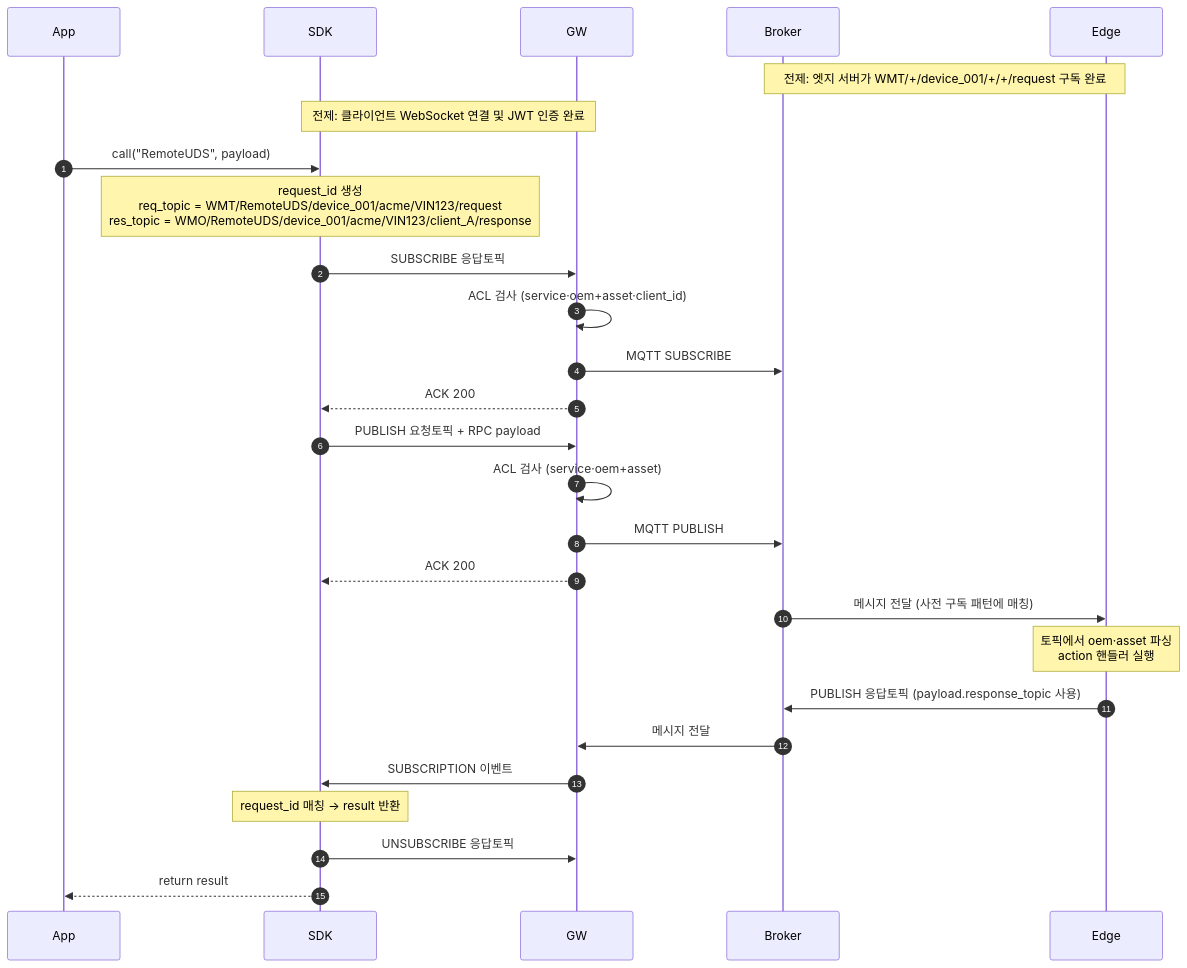
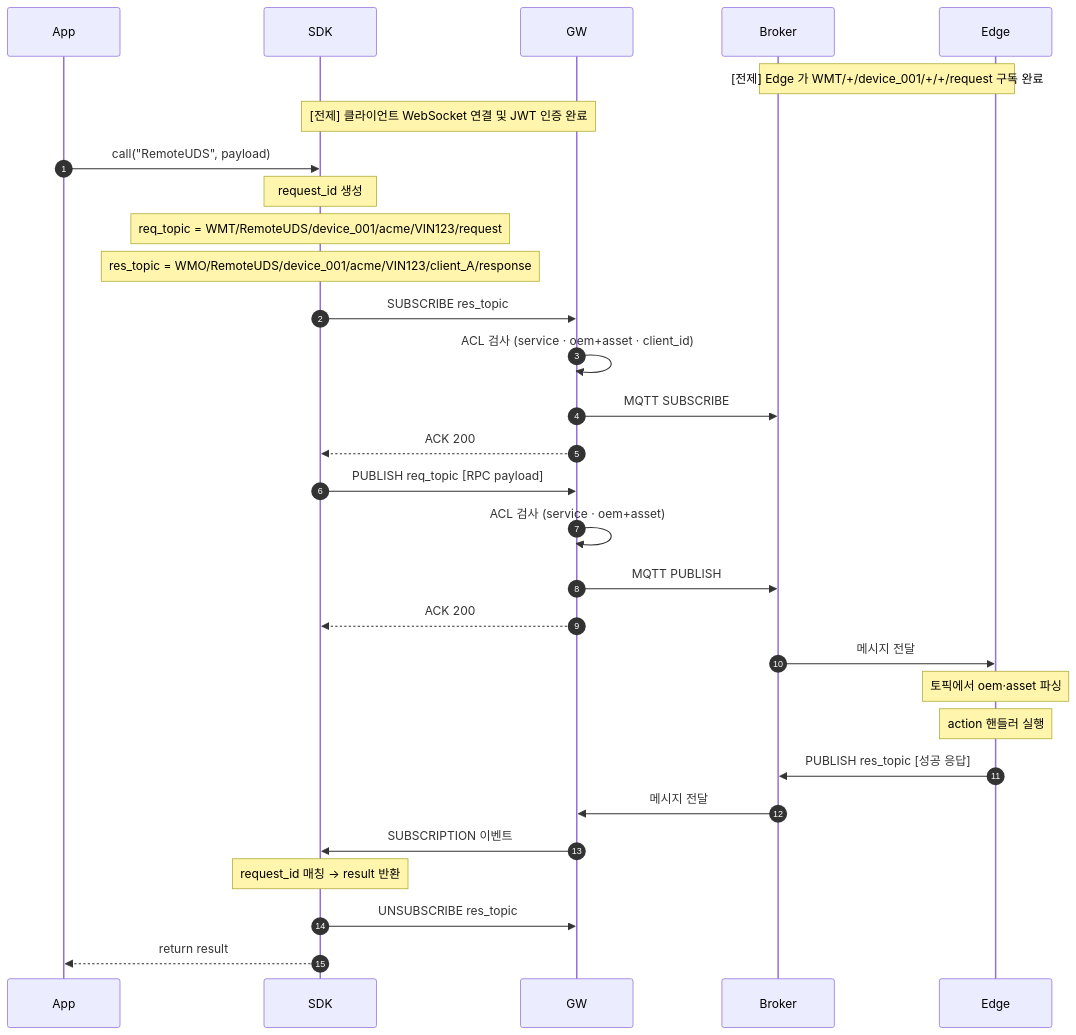
Before and after one commit to DongEunKim/MQTT-WSS-API: the second of 12 diagrams in docs/RPC_SEQUENCE_DIAGRAMS.md, drawn with Mermaid. The commit also changed other lines of this file, not shown here.

First line of the commit message:
docs: 시퀀스 다이어그램 시인성 개선 및 모든 패턴에 Edge 사전 구독 전제 추가

````diff
--- a/docs/RPC_SEQUENCE_DIAGRAMS.md
+++ b/docs/RPC_SEQUENCE_DIAGRAMS.md
@@ -70,38 +71,40 @@
 ```mermaid
 sequenceDiagram
     autonumber
     participant App
     participant SDK
     participant GW
     participant Broker
     participant Edge
 
-    Note over Edge,Broker: 전제: 엣지 서버가 WMT/+/device_001/+/+/request 구독 완료
-    Note over SDK,GW: 전제: 클라이언트 WebSocket 연결 및 JWT 인증 완료
+    Note over Edge,Broker: [전제] Edge 가 WMT/+/device_001/+/+/request 구독 완료
+    Note over SDK,GW: [전제] 클라이언트 WebSocket 연결 및 JWT 인증 완료
 
     App->>SDK: call("RemoteUDS", payload)
+    Note over SDK: request_id 생성
+    Note over SDK: req_topic = WMT/RemoteUDS/device_001/acme/VIN123/request
+    Note over SDK: res_topic = WMO/RemoteUDS/device_001/acme/VIN123/client_A/response
 
-    Note over SDK: request_id 생성<br/>req_topic = WMT/RemoteUDS/device_001/acme/VIN123/request<br/>res_topic = WMO/RemoteUDS/device_001/acme/VIN123/client_A/response
-
-    SDK->>GW: SUBSCRIBE 응답토픽
-    GW->>GW: ACL 검사 (service·oem+asset·client_id)
+    SDK->>GW: SUBSCRIBE res_topic
+    GW->>GW: ACL 검사 (service · oem+asset · client_id)
     GW->>Broker: MQTT SUBSCRIBE
     GW-->>SDK: ACK 200
 
-    SDK->>GW: PUBLISH 요청토픽 + RPC payload
-    GW->>GW: ACL 검사 (service·oem+asset)
+    SDK->>GW: PUBLISH req_topic [RPC payload]
+    GW->>GW: ACL 검사 (service · oem+asset)
     GW->>Broker: MQTT PUBLISH
     GW-->>SDK: ACK 200
 
-    Broker->>Edge: 메시지 전달 (사전 구독 패턴에 매칭)
-    Note over Edge: 토픽에서 oem·asset 파싱<br/>action 핸들러 실행
+    Broker->>Edge: 메시지 전달
+    Note over Edge: 토픽에서 oem·asset 파싱
+    Note over Edge: action 핸들러 실행
 
-    Edge->>Broker: PUBLISH 응답토픽 (payload.response_topic 사용)
+    Edge->>Broker: PUBLISH res_topic [성공 응답]
     Broker->>GW: 메시지 전달
     GW->>SDK: SUBSCRIPTION 이벤트
 
     Note over SDK: request_id 매칭 → result 반환
 
-    SDK->>GW: UNSUBSCRIBE 응답토픽
+    SDK->>GW: UNSUBSCRIBE res_topic
     SDK-->>App: return result
 ```
````
